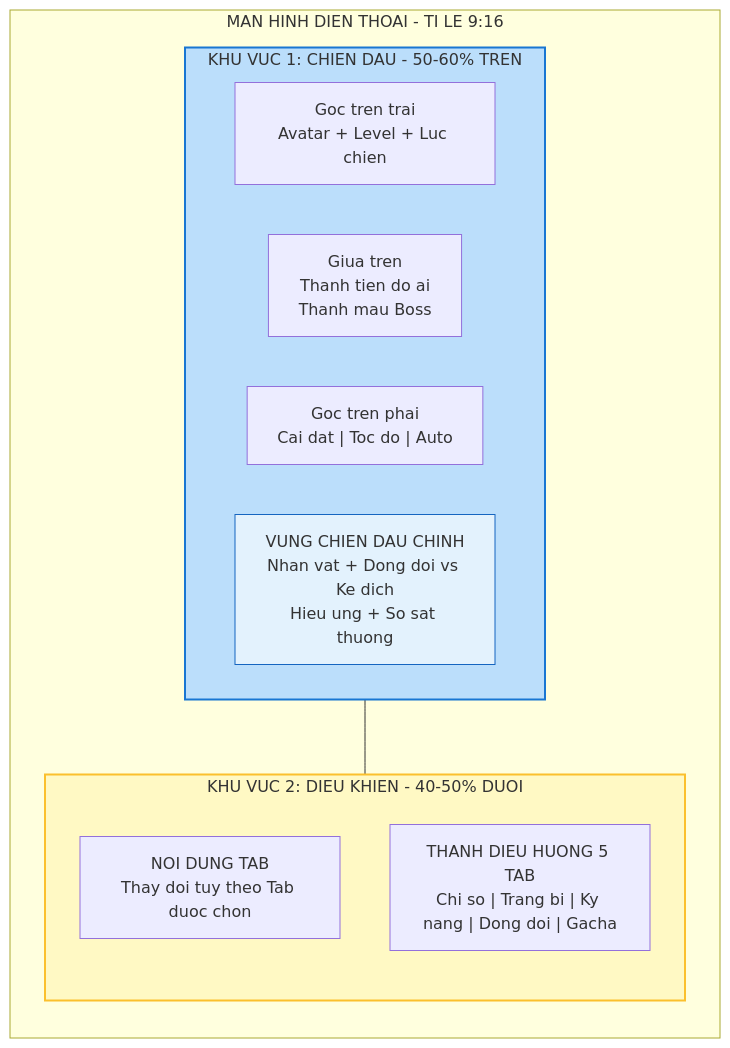
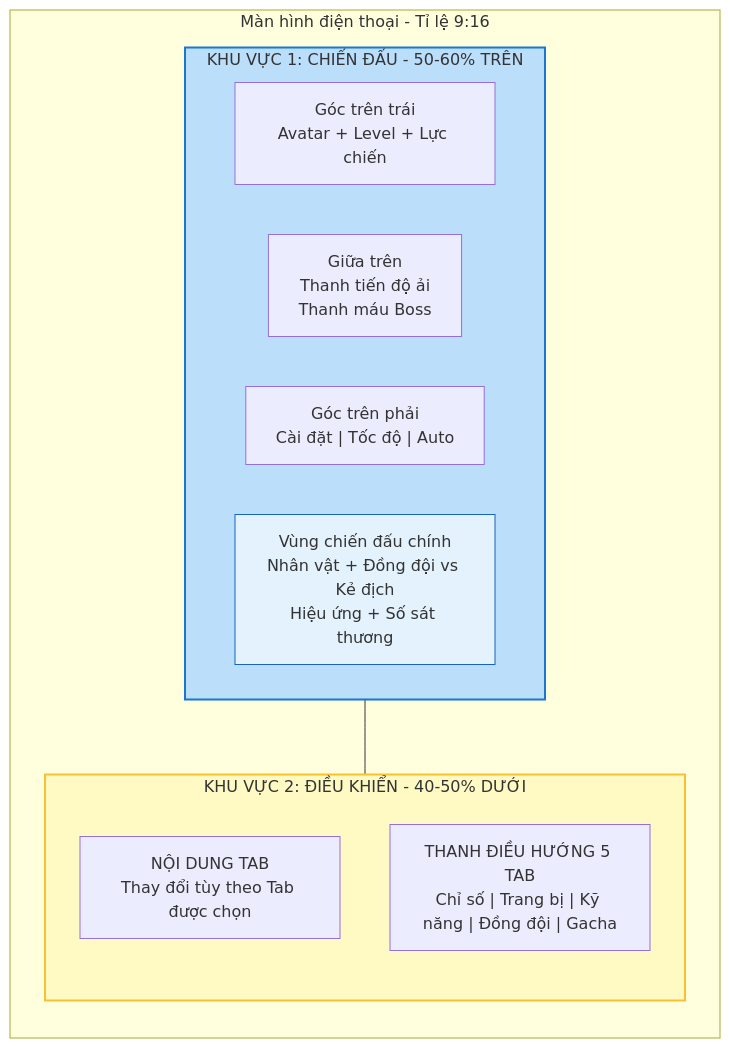
The first of 6 diagrams in docs/cac-chuc-nang-chinh-va-bo-cuc.md (luantran-working/idlegame-designdocs), drawn with Mermaid before and after one commit. The commit also changed other lines of this file and 16 other files, not shown here.

Commit message:
feat: Introduce extensive game design documentation covering game systems, UI, and roadmap, and enable Mermaid diagram support in Docusaurus.

````diff
--- a/docs/cac-chuc-nang-chinh-va-bo-cuc.md
+++ b/docs/cac-chuc-nang-chinh-va-bo-cuc.md
@@ -20,26 +20,26 @@
 ```mermaid
 flowchart TB
-    subgraph Phone["MAN HINH DIEN THOAI - TI LE 9:16"]
+    subgraph Phone["Màn hình điện thoại - Tỉ lệ 9:16"]
         direction TB
 
-        subgraph TopArea["KHU VUC 1: CHIEN DAU - 50-60% TREN"]
+        subgraph TopArea["KHU VỰC 1: CHIẾN ĐẤU - 50-60% TRÊN"]
             direction LR
-            TopLeft["Goc tren trai<br/>Avatar + Level + Luc chien"]
-            TopCenter["Giua tren<br/>Thanh tien do ai<br/>Thanh mau Boss"]
-            TopRight["Goc tren phai<br/>Cai dat | Toc do | Auto"]
-            BattleArea["VUNG CHIEN DAU CHINH<br/>Nhan vat + Dong doi vs Ke dich<br/>Hieu ung + So sat thuong"]
+            TopLeft["Góc trên trái<br/>Avatar + Level + Lực chiến"]
+            TopCenter["Giữa trên<br/>Thanh tiến độ ải<br/>Thanh máu Boss"]
+            TopRight["Góc trên phải<br/>Cài đặt | Tốc độ | Auto"]
+            BattleArea["Vùng chiến đấu chính<br/>Nhân vật + Đồng đội vs Kẻ địch<br/>Hiệu ứng + Số sát thương"]
         end
 
-        subgraph BottomArea["KHU VUC 2: DIEU KHIEN - 40-50% DUOI"]
+        subgraph BottomArea["KHU VỰC 2: ĐIỀU KHIỂN - 40-50% DƯỚI"]
             direction TB
-            TabContent["NOI DUNG TAB<br/>Thay doi tuy theo Tab duoc chon"]
-            TabBar["THANH DIEU HUONG 5 TAB<br/>Chi so | Trang bi | Ky nang | Dong doi | Gacha"]
+            TabContent["NỘI DUNG TAB<br/>Thay đổi tùy theo Tab được chọn"]
+            TabBar["THANH ĐIỀU HƯỚNG 5 TAB<br/>Chỉ số | Trang bị | Kỹ năng | Đồng đội | Gacha"]
         end
     end
 
     TopArea --- BottomArea
 
     style TopArea fill:#bbdefb,stroke:#1976d2,stroke-width:2px
     style BottomArea fill:#fff9c4,stroke:#fbc02d,stroke-width:2px
     style BattleArea fill:#e3f2fd,stroke:#1565c0,stroke-width:1px
 ```
````
